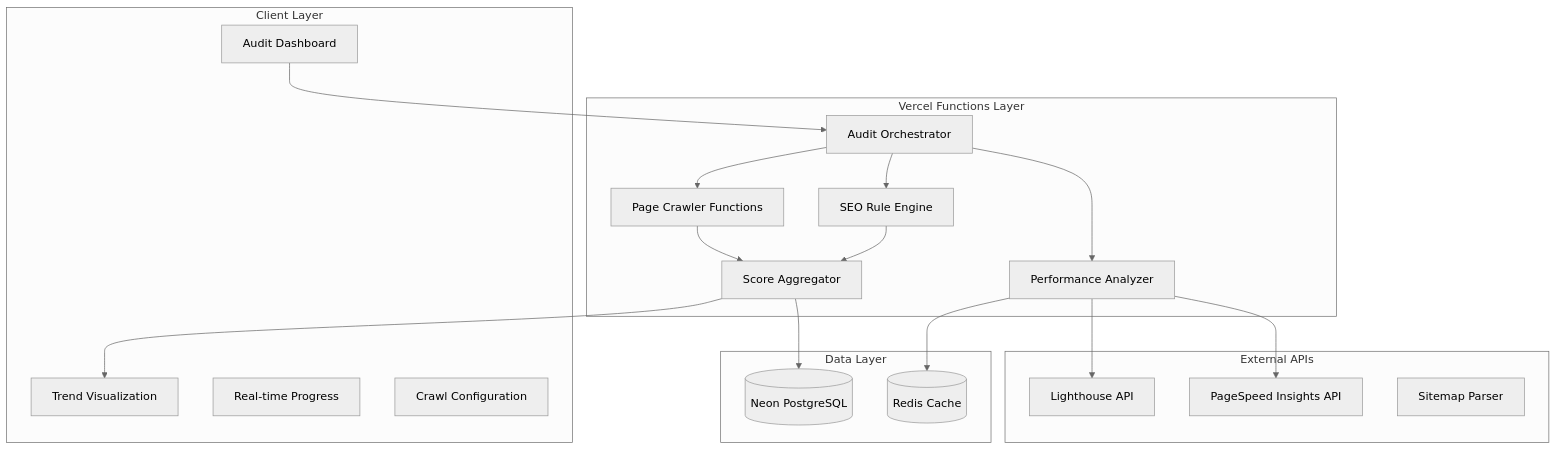
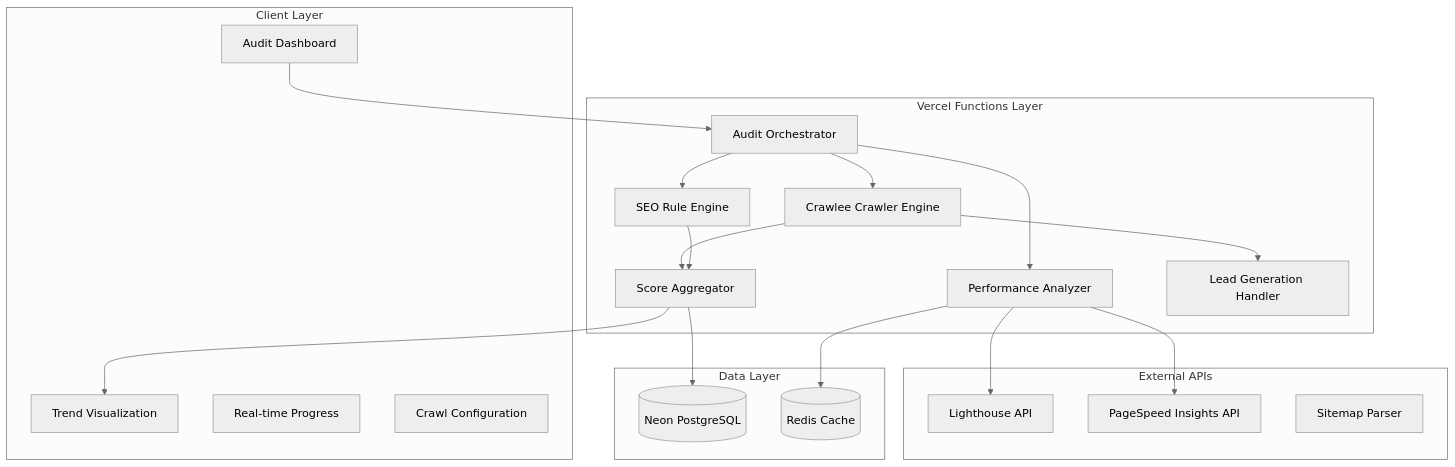
One commit to SwiftWareCo/MailEye changed the diagram in .kiro/specs/domain-management-system/design.md. Above: the diagram before and after it, drawn with Mermaid (neutral theme). The commit also changed other lines of this file and 17 other files, not shown here.

````diff
--- a/.kiro/specs/domain-management-system/design.md
+++ b/.kiro/specs/domain-management-system/design.md
@@ -13,40 +13,42 @@
 ```mermaid
 graph TB
     subgraph "Client Layer"
         Dashboard[Audit Dashboard]
         TrendViz[Trend Visualization]
         Progress[Real-time Progress]
         Settings[Crawl Configuration]
     end
 
     subgraph "Vercel Functions Layer"
         Orchestrator[Audit Orchestrator]
-        Crawler[Page Crawler Functions]
+        CrawleeEngine[Crawlee Crawler Engine]
         Performance[Performance Analyzer]
         SEOEngine[SEO Rule Engine]
         Aggregator[Score Aggregator]
+        LeadExtractor[Lead Generation Handler]
     end
 
     subgraph "External APIs"
         Lighthouse[Lighthouse API]
         PageSpeed[PageSpeed Insights API]
         Sitemap[Sitemap Parser]
     end
 
     subgraph "Data Layer"
         PostgreSQL[(Neon PostgreSQL)]
         Redis[(Redis Cache)]
     end
 
     Dashboard --> Orchestrator
-    Orchestrator --> Crawler
+    Orchestrator --> CrawleeEngine
     Orchestrator --> Performance
     Orchestrator --> SEOEngine
-    Crawler --> Aggregator
+    CrawleeEngine --> Aggregator
+    CrawleeEngine --> LeadExtractor
     Performance --> Lighthouse
     Performance --> PageSpeed
     SEOEngine --> Aggregator
     Aggregator --> PostgreSQL
     Performance --> Redis
     Aggregator --> TrendViz
 ```
````
